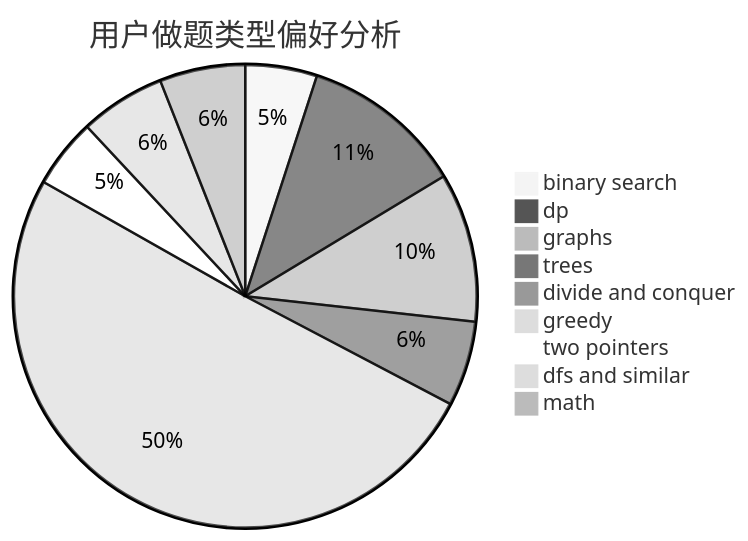
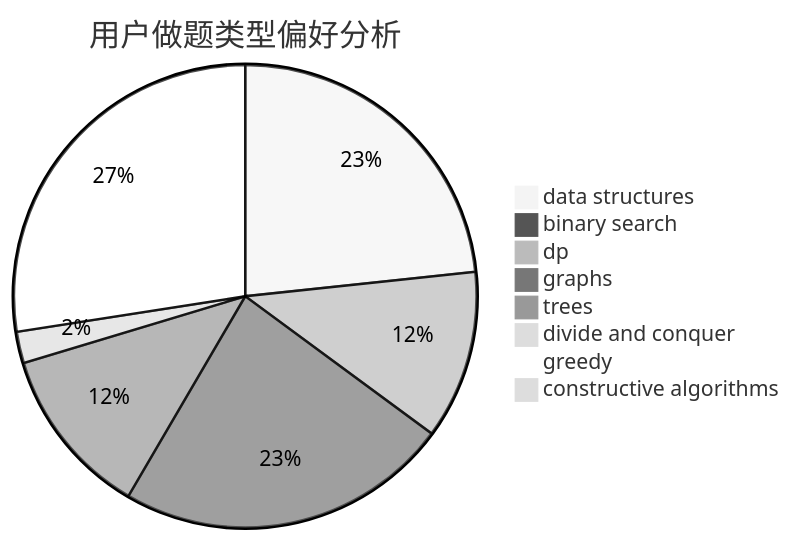
Before and after one commit to sherpahu/cfrs.github.io: the second of 3 diagrams in docs/user/u678.md, drawn with Mermaid (neutral theme). The commit also changed other lines of this file and 2775 other files, not shown here.

````diff
--- a/docs/user/u678.md
+++ b/docs/user/u678.md
@@ -23,12 +23,11 @@
 ```mermaid
 pie title 用户做题类型偏好分析
-    "binary search" :  124
-    "dp" :  281
-    "graphs" :  258
-    "trees" :  147
+    "data structures" :  180
+    "binary search" :  7
+    "dp" :  91
+    "graphs" :  180
+    "trees" :  92
     "divide and conquer" :  17
-    "greedy" :  1251
-    "two pointers" :  120
-    "dfs and similar" :  148
-    "math" :  148
+    "greedy" :  212
+    "constructive algorithms" :  7
 ```
````
